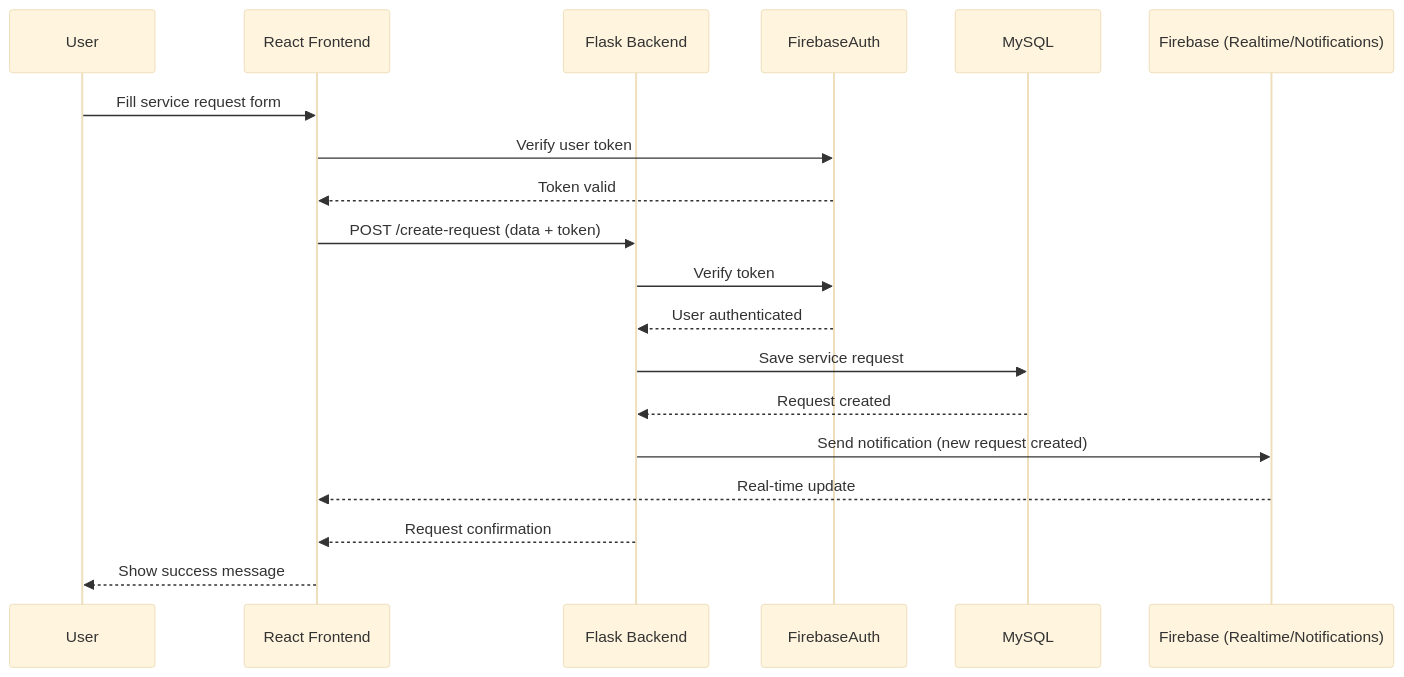
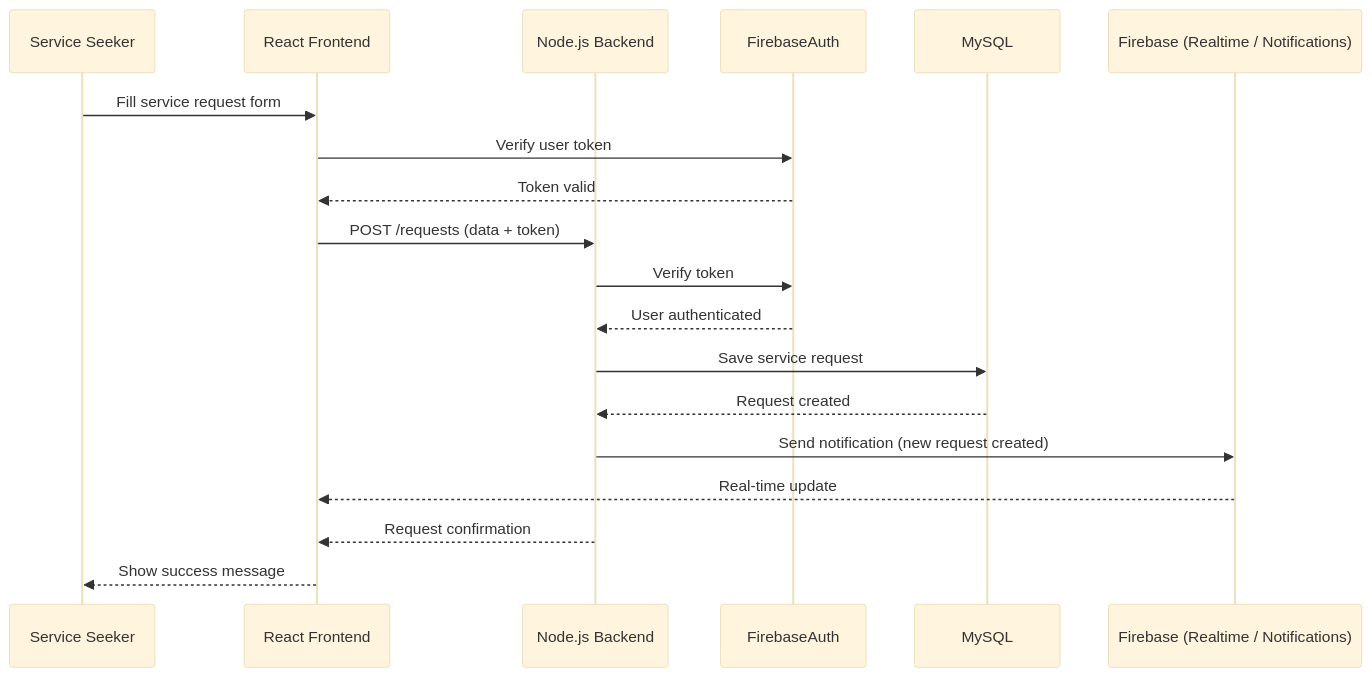
Before and after one commit to aziz5g-tech/holbertonschool-portfolio-project: the first of 3 diagrams in Stage 3/High-Level Sequence Diagrams.md, drawn with Mermaid (base theme). The commit also changed other lines of this file, not shown here.

Commit message:
Update sequence diagrams for service request use case

````diff
--- a/Stage 3/High-Level Sequence Diagrams.md
+++ b/Stage 3/High-Level Sequence Diagrams.md
@@ -4,28 +5,27 @@
 ```mermaid
-
 sequenceDiagram
-    participant User
+    participant User as Service Seeker
     participant Frontend as React Frontend
-    participant API as Flask Backend
+    participant API as Node.js Backend
     participant FirebaseAuth
     participant MySQL
-    participant Firebase as Firebase (Realtime/Notifications)
+    participant Firebase as Firebase (Realtime / Notifications)
 
     User->>Frontend: Fill service request form
     Frontend->>FirebaseAuth: Verify user token
     FirebaseAuth-->>Frontend: Token valid
 
-    Frontend->>API: POST /create-request (data + token)
+    Frontend->>API: POST /requests (data + token)
     API->>FirebaseAuth: Verify token
     FirebaseAuth-->>API: User authenticated
 
     API->>MySQL: Save service request
     MySQL-->>API: Request created
 
     API->>Firebase: Send notification (new request created)
     Firebase-->>Frontend: Real-time update
 
     API-->>Frontend: Request confirmation
     Frontend-->>User: Show success message
 
 ```
````
